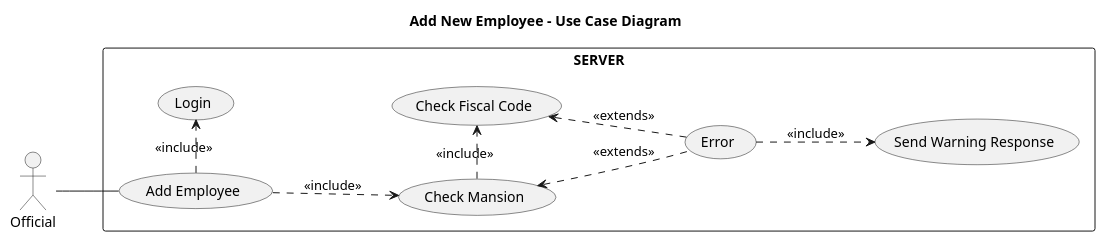
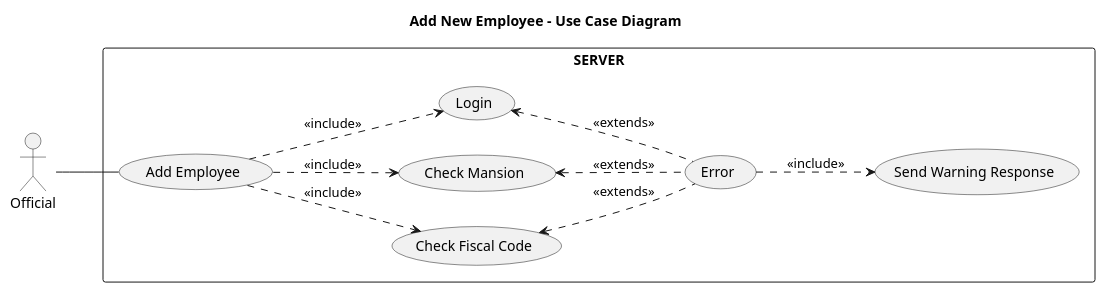
The diagram in Assegnamento3/src/uml/Add Employee - Use Case.puml (danielepelleg/software_engineering), drawn with PlantUML before and after one commit. The commit also changed 8 other files, not shown here.

```diff
--- a/Assegnamento3/src/uml/Add Employee - Use Case.puml
+++ b/Assegnamento3/src/uml/Add Employee - Use Case.puml
@@ -1,17 +1,18 @@
 @startuml
 title Add New Employee - Use Case Diagram
 
 left to right direction
 
 actor Official
 
 rectangle SERVER{
     Official -- (Add Employee)
-    (Add Employee) .> (Login) : <<include>>
+    (Add Employee) ..> (Check Fiscal Code) : <<include>>
     (Add Employee) ..> (Check Mansion) : <<include>>
-    (Check Mansion) .> (Check Fiscal Code) : <<include>>
+    (Add Employee) ..> (Login) : <<include>>
+    (Login) <.. (Error) : <<extends>>
     (Check Mansion) <.. (Error): <<extends>>
     (Check Fiscal Code) <.. (Error) : <<extends>>
     (Error) ..> (Send Warning Response) : <<include>>
 }
 @enduml
```
